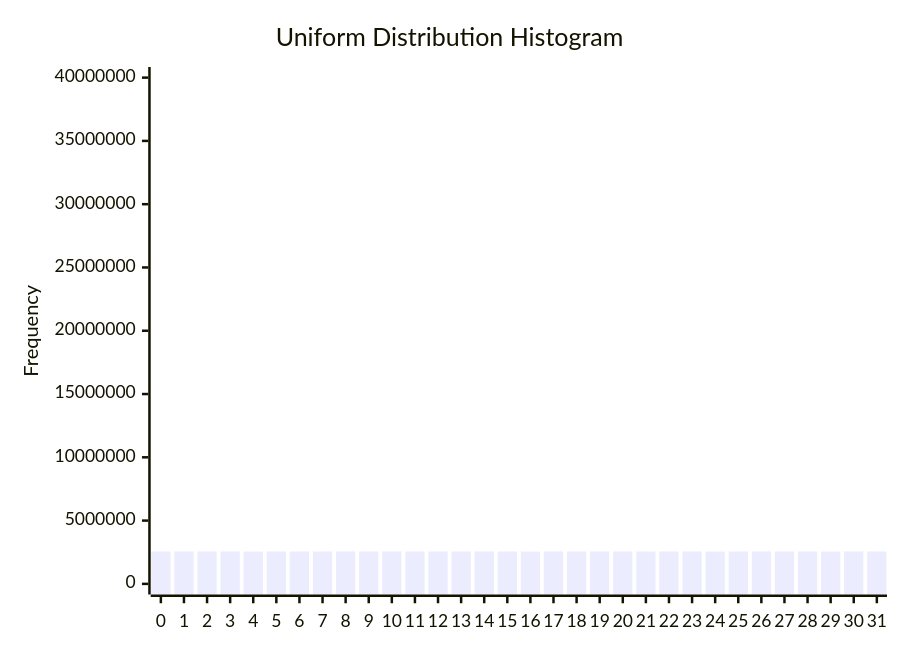
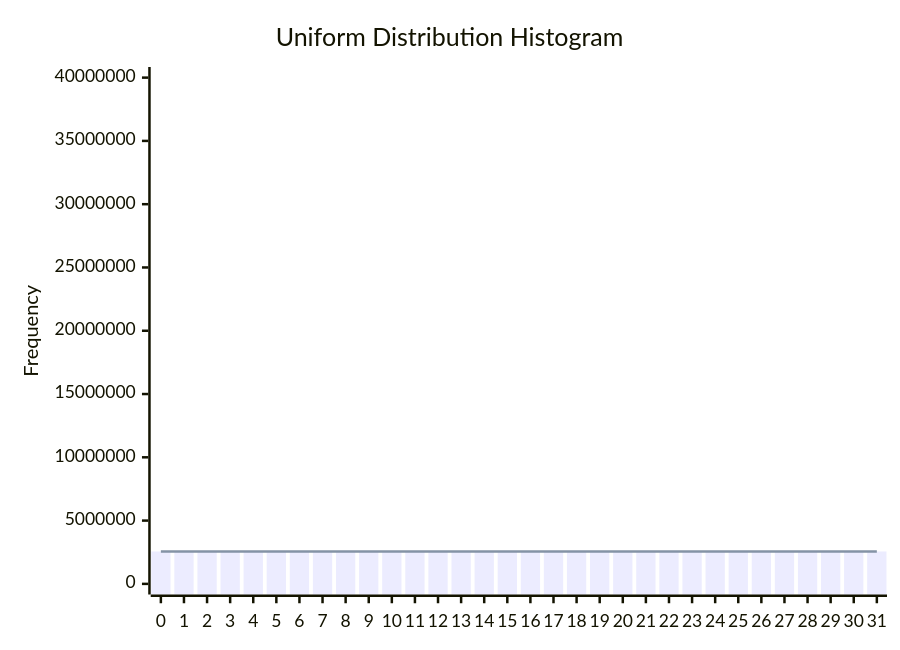
The second of 2 diagrams in assignments/hw6/README.md (1am9trash/Cuda-Parallel-Intro), drawn with Mermaid before and after one commit. The commit also changed other lines of this file, not shown here.

````diff
--- a/assignments/hw6/README.md
+++ b/assignments/hw6/README.md
@@ -41,7 +68,8 @@
 ```mermaid
 xychart-beta
     title "Uniform Distribution Histogram"
     x-axis [0, 1, 2, 3, 4, 5, 6, 7, 8, 9, 10, 11, 12, 13, 14, 15, 16, 17, 18, 19, 20, 21, 22, 23, 24, 25, 26, 27, 28, 29, 30, 31]
     y-axis "Frequency" 0 --> 40000000
     bar [2561289, 2558538, 2562170, 2560310, 2557802, 2559890, 2560335, 2558433, 2559797, 2558377, 2563012, 2557930, 2559870, 2560587, 2561761, 2558261, 2556695, 2561778, 2559837, 2560538, 2557908, 2560191, 2561095, 2562257, 2555893, 2561258, 2561753, 2559039, 2561207, 2556828, 2564035, 2561326]
+    line [2560000, 2560000, 2560000, 2560000, 2560000, 2560000, 2560000, 2560000, 2560000, 2560000, 2560000, 2560000, 2560000, 2560000, 2560000, 2560000, 2560000, 2560000, 2560000, 2560000, 2560000, 2560000, 2560000, 2560000, 2560000, 2560000, 2560000, 2560000, 2560000, 2560000, 2560000, 2560000]
 ```
````
